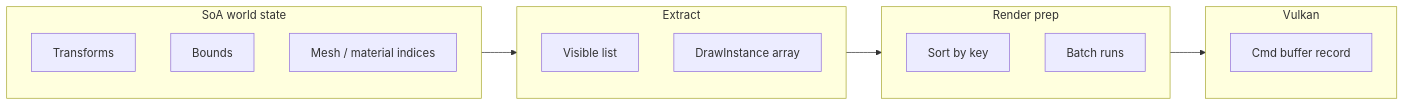
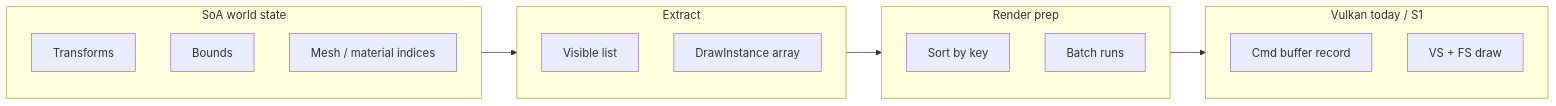
One commit to PluseggWill/SiriusEngine_VulkanReboot changed the first of 2 diagrams in Docs/EngineArchitecture.md. Above: the diagram before and after it, drawn with Mermaid. The commit also changed other lines of this file and 10 other files, not shown here.

````diff
--- a/Docs/EngineArchitecture.md
+++ b/Docs/EngineArchitecture.md
@@ -169,22 +191,23 @@
 ```mermaid
 flowchart LR
   subgraph soa [SoA world state]
     T[Transforms]
     B[Bounds]
     M[Mesh / material indices]
   end
   subgraph extract [Extract]
     V[Visible list]
     D[DrawInstance array]
   end
   subgraph prep [Render prep]
     S[Sort by key]
     R[Batch runs]
   end
-  subgraph vk [Vulkan]
+  subgraph vk [Vulkan today / S1]
     CB[Cmd buffer record]
+    VS[VS + FS draw]
   end
   soa --> extract
   extract --> prep
   prep --> vk
 ```
````
